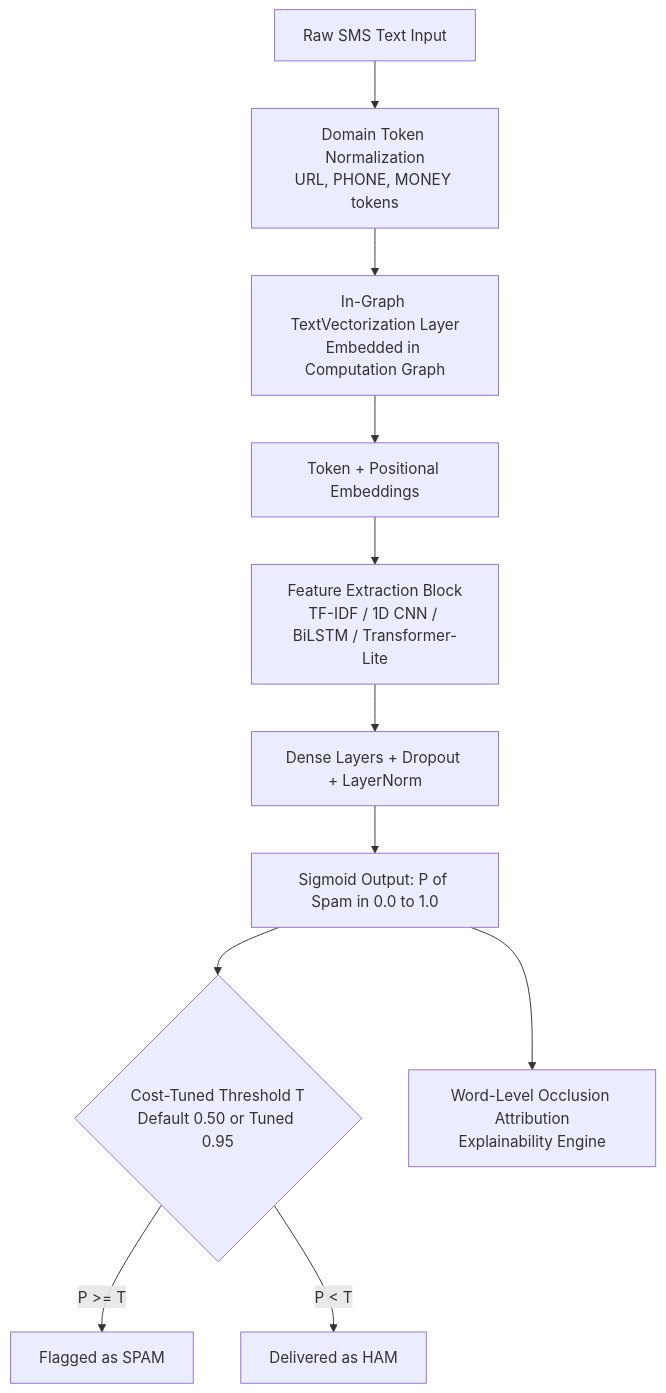
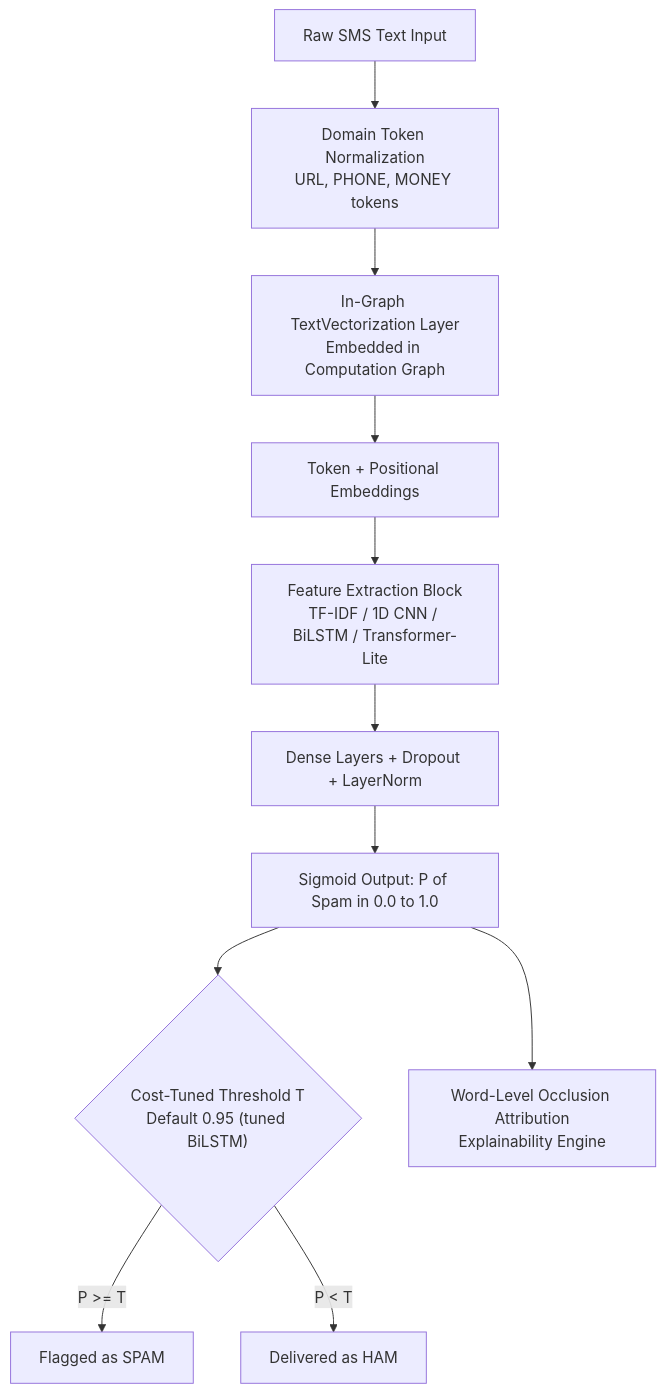
The diagram in README.md (raiyan-mahmud-git/Neural-Network-SMS-Text-Classifier), drawn with Mermaid before and after one commit. The commit also changed other lines of this file and 17 other files, not shown here.

````diff
--- a/README.md
+++ b/README.md
@@ -26,13 +25,13 @@
 ```mermaid
 flowchart TD
     A["Raw SMS Text Input"] --> B["Domain Token Normalization<br/>URL, PHONE, MONEY tokens"]
     B --> C["In-Graph TextVectorization Layer<br/>Embedded in Computation Graph"]
     C --> D["Token + Positional Embeddings"]
     D --> E["Feature Extraction Block<br/>TF-IDF / 1D CNN / BiLSTM / Transformer-Lite"]
     E --> F["Dense Layers + Dropout + LayerNorm"]
     F --> G["Sigmoid Output: P of Spam in 0.0 to 1.0"]
-    G --> H{"Cost-Tuned Threshold T<br/>Default 0.50 or Tuned 0.95"}
+    G --> H{"Cost-Tuned Threshold T<br/>Default 0.95 (tuned BiLSTM)"}
     H -->|P >= T| I["Flagged as SPAM"]
     H -->|P < T| J["Delivered as HAM"]
     G --> K["Word-Level Occlusion Attribution<br/>Explainability Engine"]
 ```
````
